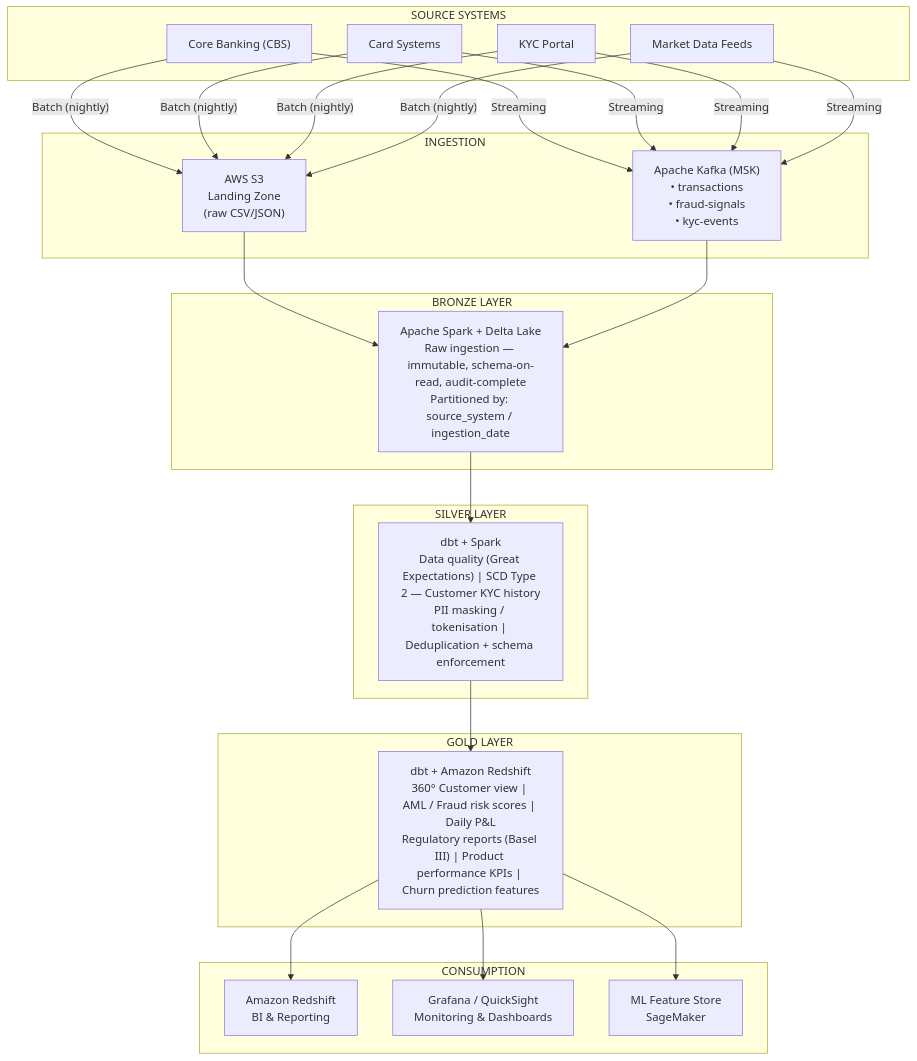
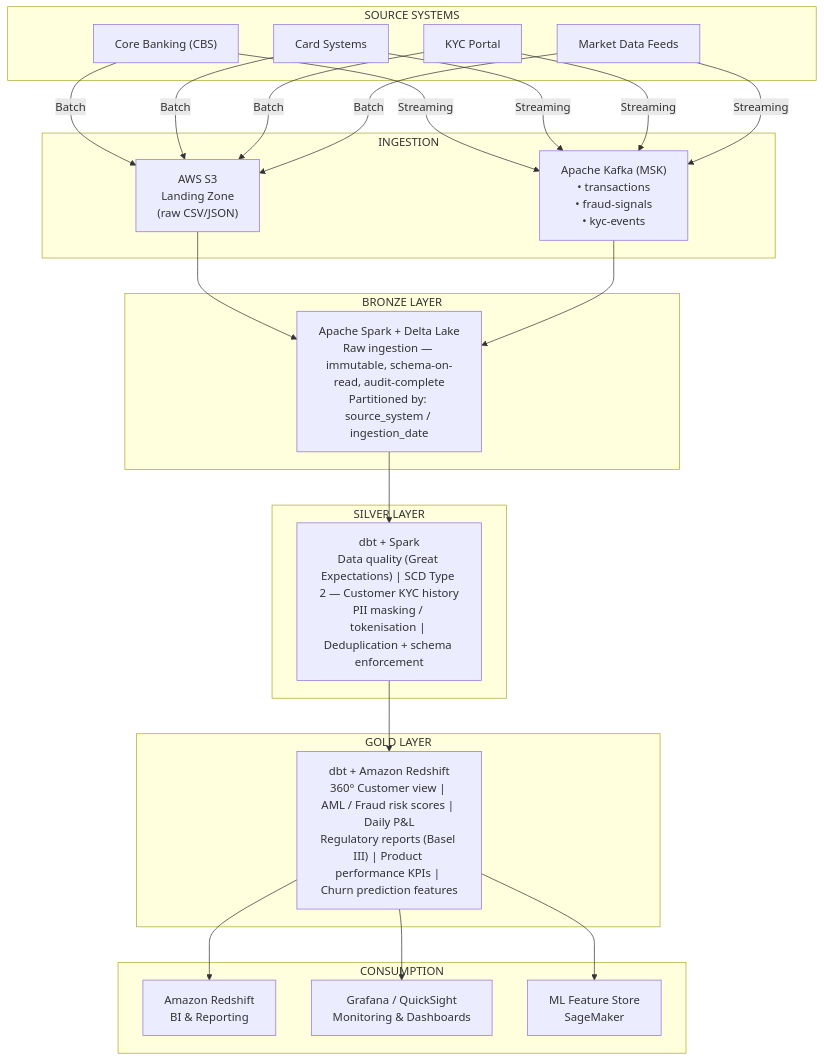
The diagram in README.md (yassine-fetoui/Banking-Data-Engineering-Platform), drawn with Mermaid before and after one commit. The commit also changed other lines of this file, not shown here.

Commit message:
Refine batch ingestion terminology in README
Updated batch ingestion description and removed 'nightly' from the batch label.

````diff
--- a/README.md
+++ b/README.md
@@ -13,50 +13,50 @@
 ```mermaid
 flowchart TB
     subgraph SRC[" SOURCE SYSTEMS"]
         CBS["Core Banking (CBS)"]
         CARD["Card Systems"]
         KYC["KYC Portal"]
         MDF["Market Data Feeds"]
     end
 
     subgraph ING[" INGESTION"]
         S3["AWS S3<br/>Landing Zone<br/>(raw CSV/JSON)"]
         KAFKA["Apache Kafka (MSK)<br/>• transactions<br/>• fraud-signals<br/>• kyc-events"]
     end
 
     subgraph BRONZE[" BRONZE LAYER"]
         B["Apache Spark + Delta Lake<br/>Raw ingestion — immutable, schema-on-read, audit-complete<br/>Partitioned by: source_system / ingestion_date"]
     end
 
     subgraph SILVER[" SILVER LAYER"]
         S["dbt + Spark<br/>Data quality (Great Expectations) | SCD Type 2 — Customer KYC history<br/>PII masking / tokenisation | Deduplication + schema enforcement"]
     end
 
     subgraph GOLD["GOLD LAYER"]
         G["dbt + Amazon Redshift<br/>360° Customer view | AML / Fraud risk scores | Daily P&L<br/>Regulatory reports (Basel III) | Product performance KPIs | Churn prediction features"]
     end
 
     subgraph CONS["CONSUMPTION"]
         RS["Amazon Redshift<br/>BI & Reporting"]
         GRAF["Grafana / QuickSight<br/>Monitoring & Dashboards"]
         ML["ML Feature Store<br/>SageMaker"]
     end
 
-    CBS -->|"Batch (nightly)"| S3
-    CARD -->|"Batch (nightly)"| S3
-    KYC -->|"Batch (nightly)"| S3
-    MDF -->|"Batch (nightly)"| S3
+    CBS -->|"Batch "| S3
+    CARD -->|"Batch "| S3
+    KYC -->|"Batch "| S3
+    MDF -->|"Batch "| S3
     
     CBS -->|"Streaming"| KAFKA
     CARD -->|"Streaming"| KAFKA
     KYC -->|"Streaming"| KAFKA
     MDF -->|"Streaming"| KAFKA
 
     S3 --> B
     KAFKA --> B
     B --> S
     S --> G
     G --> RS
     G --> GRAF
     G --> ML
 ```
````
